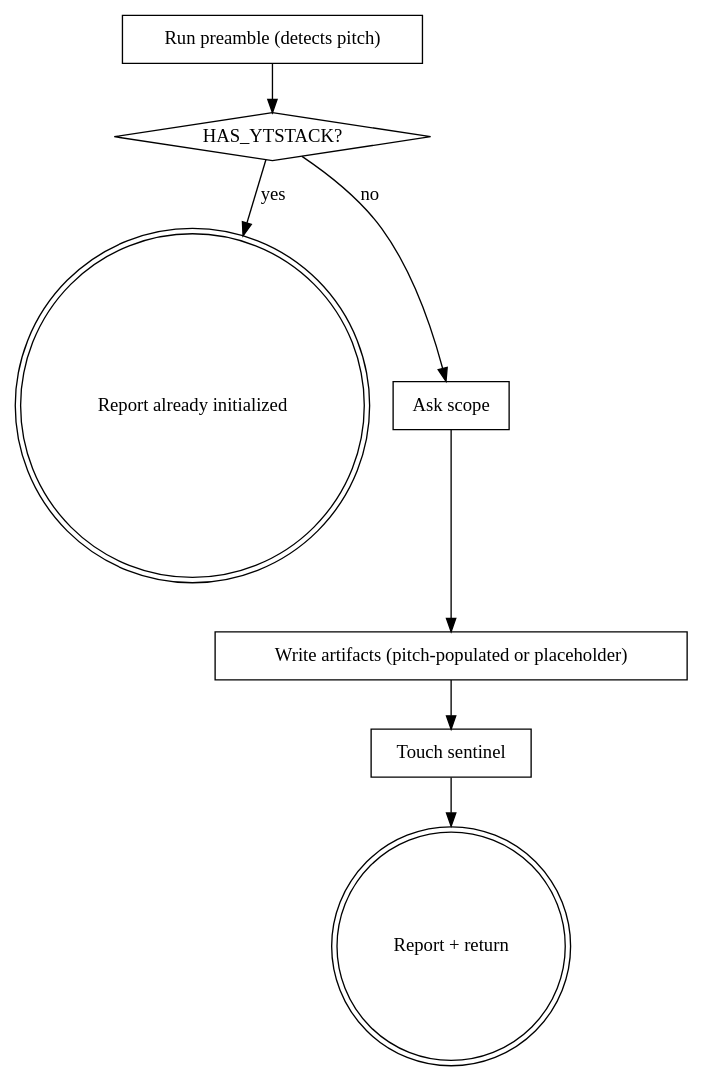
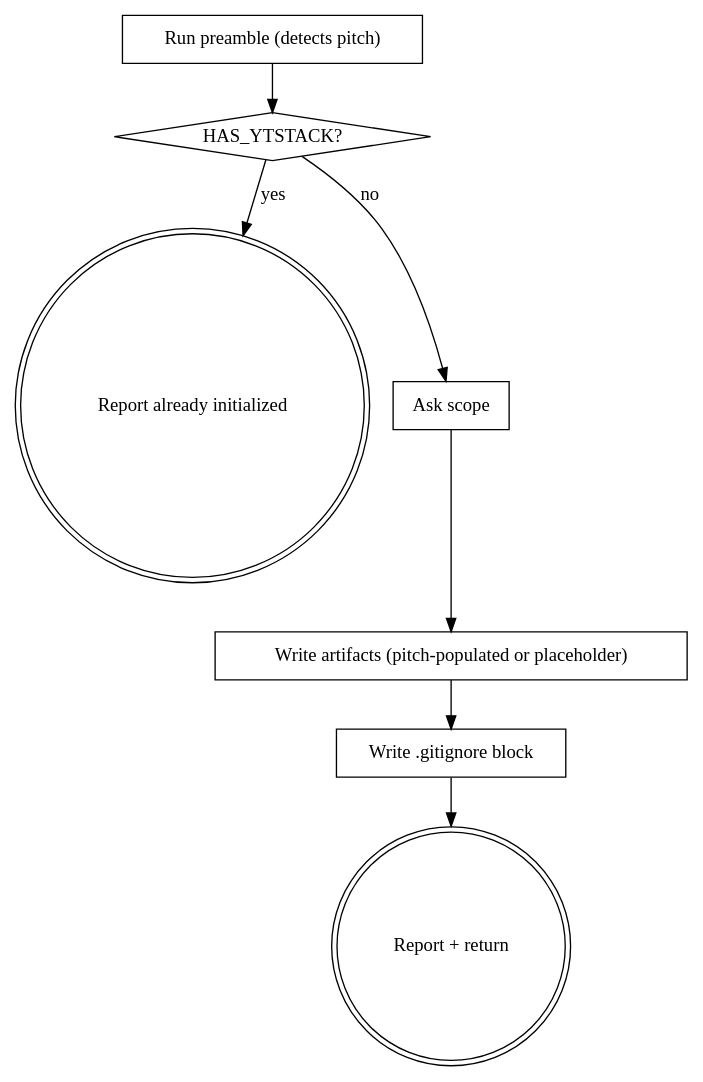
One commit to Yesterday-AI/ytstack changed the diagram in skills/init-project/SKILL.md. Above: the diagram before and after it, drawn with Graphviz. The commit also changed other lines of this file and 3 other files, not shown here.

Commit message:
M016-S02-T03: init-project writes .ytstack/.local gitignore block, records init/scope in PROJECT.md; sentinels retired

````diff
--- a/skills/init-project/SKILL.md
+++ b/skills/init-project/SKILL.md
@@ -46,18 +46,18 @@
 ```dot
 digraph init_project {
     "Run preamble (detects pitch)" [shape=box];
     "HAS_YTSTACK?" [shape=diamond];
     "Report already initialized" [shape=doublecircle];
     "Ask scope" [shape=box];
     "Write artifacts (pitch-populated or placeholder)" [shape=box];
-    "Touch sentinel" [shape=box];
+    "Write .gitignore block" [shape=box];
     "Report + return" [shape=doublecircle];
 
     "Run preamble (detects pitch)" -> "HAS_YTSTACK?";
     "HAS_YTSTACK?" -> "Report already initialized" [label="yes"];
     "HAS_YTSTACK?" -> "Ask scope" [label="no"];
     "Ask scope" -> "Write artifacts (pitch-populated or placeholder)";
-    "Write artifacts (pitch-populated or placeholder)" -> "Touch sentinel";
-    "Touch sentinel" -> "Report + return";
+    "Write artifacts (pitch-populated or placeholder)" -> "Write .gitignore block";
+    "Write .gitignore block" -> "Report + return";
 }
 ```
````
